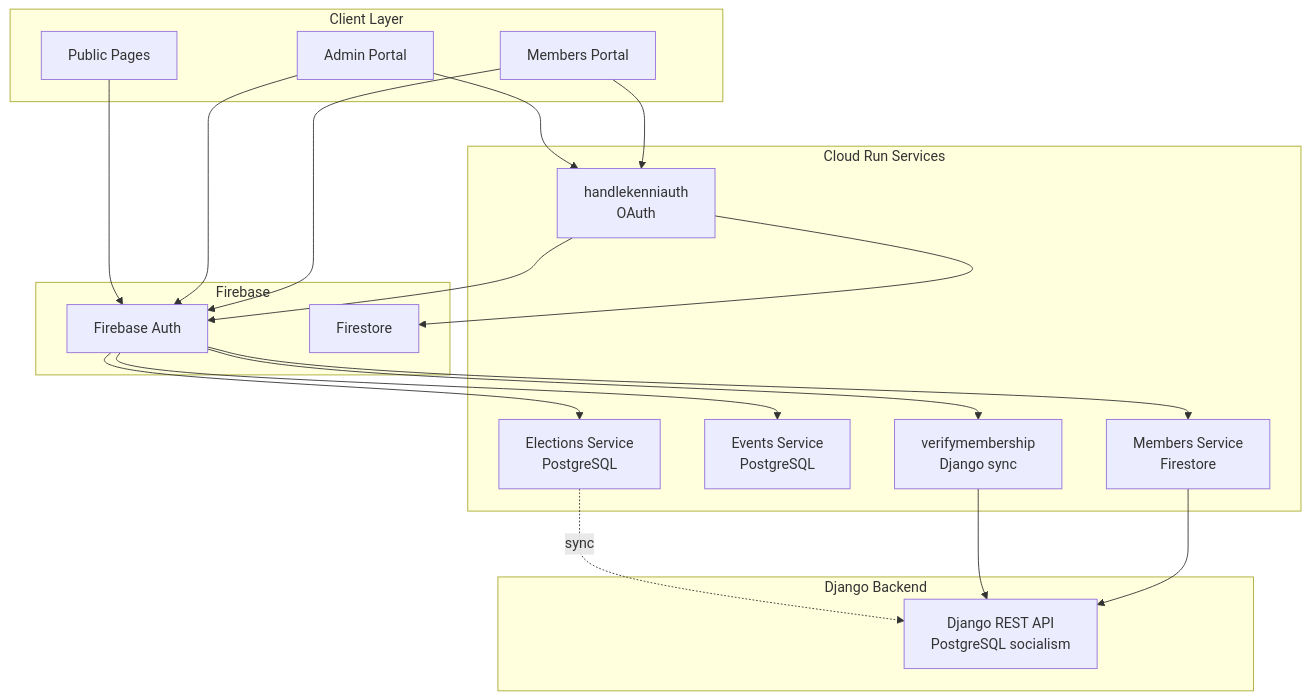
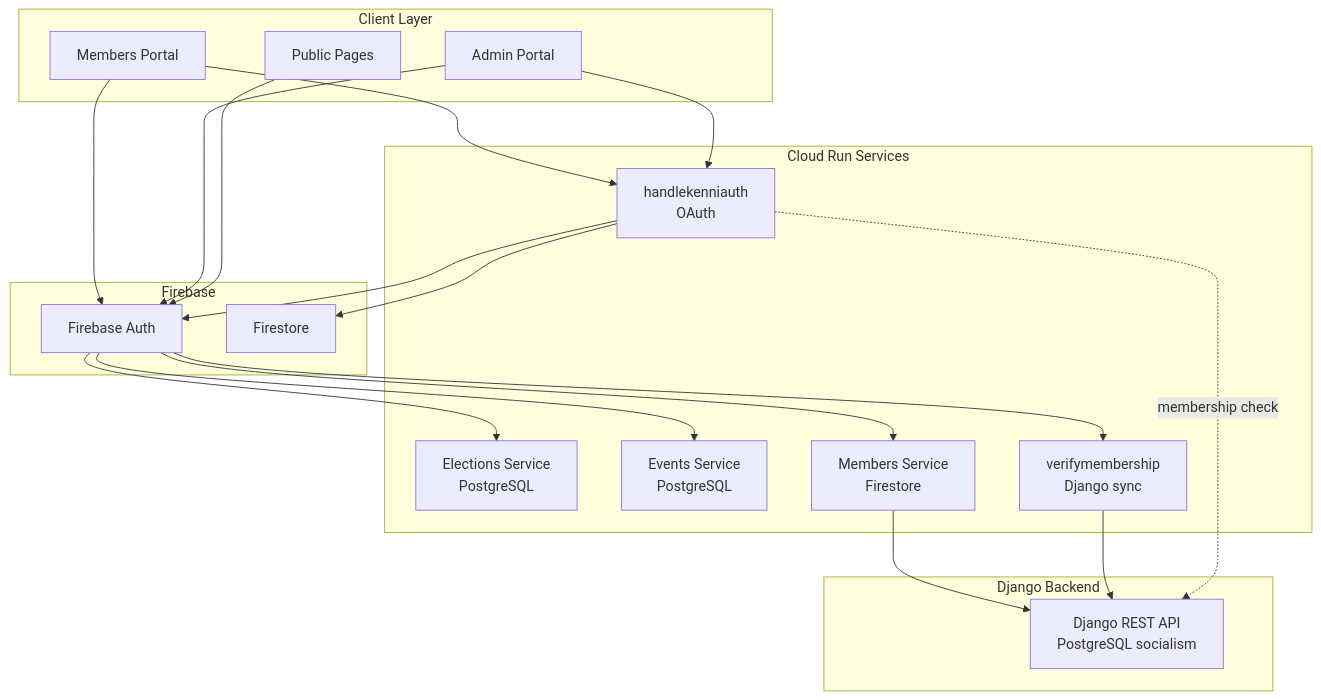
One commit to sosialistaflokkurinn/ekklesia changed the first of 3 diagrams in docs/infrastructure/CLOUD_RUN_SERVICES.md. Above: the diagram before and after it, drawn with Mermaid. The commit also changed other lines of this file, not shown here.

First line of the commit message:
fix(diagrams): Correct Elections Service architecture - no direct Django connection

````diff
--- a/docs/infrastructure/CLOUD_RUN_SERVICES.md
+++ b/docs/infrastructure/CLOUD_RUN_SERVICES.md
@@ -29,40 +29,40 @@
 ```mermaid
 graph TB
     subgraph "Client Layer"
         MP[Members Portal]
         AP[Admin Portal]
         PP[Public Pages]
     end
 
     subgraph "Firebase"
         Auth[Firebase Auth]
         FS[Firestore]
     end
 
     subgraph "Cloud Run Services"
         Elections[Elections Service<br/>PostgreSQL]
         Events[Events Service<br/>PostgreSQL]
         Members[Members Service<br/>Firestore]
         HandleAuth[handlekenniauth<br/>OAuth]
         Verify[verifymembership<br/>Django sync]
     end
 
     subgraph "Django Backend"
         Django[Django REST API<br/>PostgreSQL socialism]
     end
 
     MP --> Auth
     AP --> Auth
     PP --> Auth
     Auth --> Elections
     Auth --> Events
     Auth --> Members
     Auth --> Verify
     Members --> Django
     Verify --> Django
-    Elections -.sync.-> Django
     MP --> HandleAuth
     AP --> HandleAuth
     HandleAuth --> Auth
     HandleAuth --> FS
+    HandleAuth -.membership check.-> Django
 ```
````
